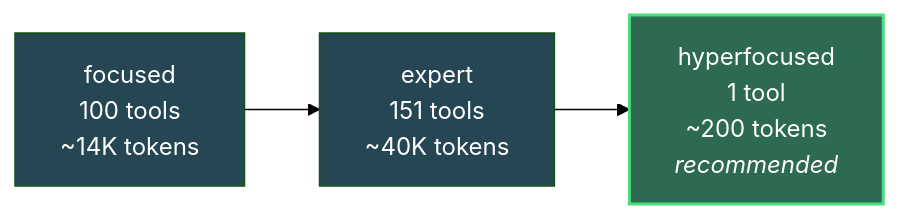
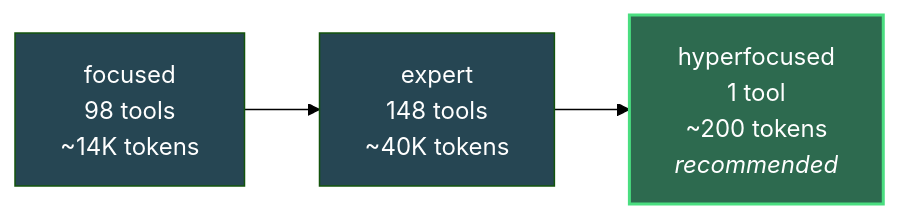
One commit to oisee/vibing-steampunk changed the third of 3 diagrams in README.md. Above: the diagram before and after it, drawn with Mermaid (forest theme). The commit also changed other lines of this file and 27 other files, not shown here.

````diff
--- a/README.md
+++ b/README.md
@@ -1964,8 +1963,8 @@
 ```mermaid
 graph LR
-    F["focused<br/>100 tools<br/>~14K tokens"] --> E["expert<br/>151 tools<br/>~40K tokens"]
+    F["focused<br/>98 tools<br/>~14K tokens"] --> E["expert<br/>148 tools<br/>~40K tokens"]
     E --> H["hyperfocused<br/>1 tool<br/>~200 tokens<br/><i>recommended</i>"]
     style H fill:#2d6a4f,color:#fff,stroke:#4ade80,stroke-width:2px
     style F fill:#264653,color:#fff
     style E fill:#264653,color:#fff
 ```
````
